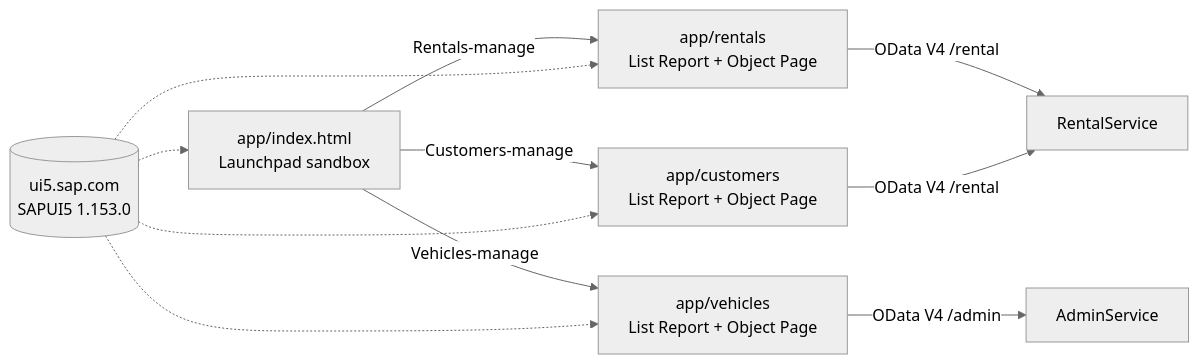
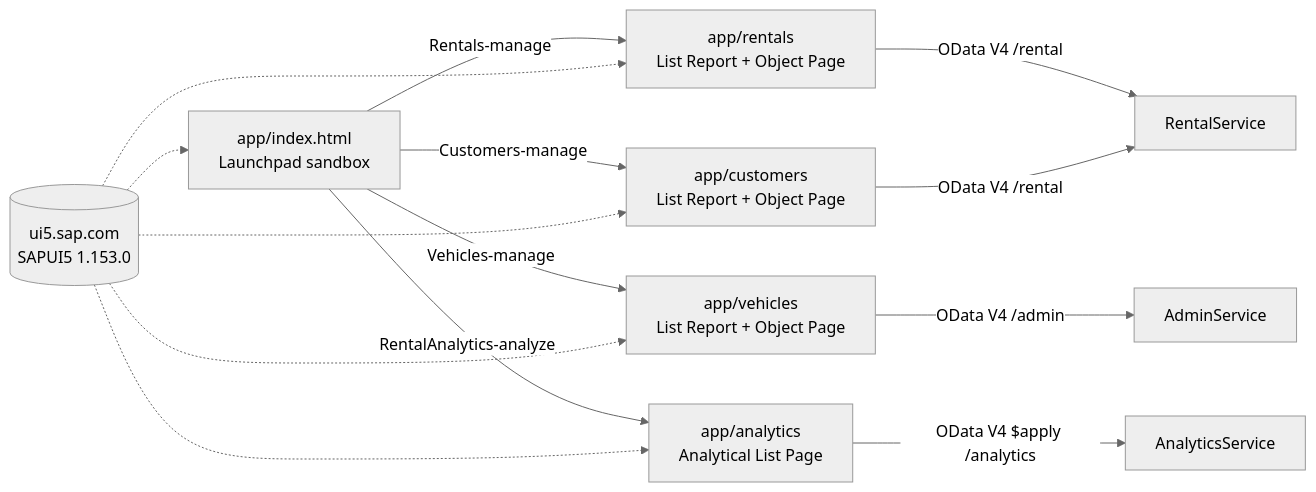
The fifth of 6 diagrams in docs/mimari.md (ertugrulcelikgpt/AracKiralama), drawn with Mermaid (neutral theme) before and after one commit. The commit also changed other lines of this file and 26 other files, not shown here.

First line of the commit message:
feat(analytics): add AnalyticsService and analytical list page

````diff
--- a/docs/mimari.md
+++ b/docs/mimari.md
@@ -207,10 +213,12 @@
 ```mermaid
 flowchart LR
   FLP["app/index.html<br/>Launchpad sandbox"] -->|Rentals-manage| R["app/rentals<br/>List Report + Object Page"]
   FLP -->|Vehicles-manage| V["app/vehicles<br/>List Report + Object Page"]
   FLP -->|Customers-manage| C["app/customers<br/>List Report + Object Page"]
   R -->|OData V4 /rental| RS[RentalService]
   C -->|OData V4 /rental| RS
+  FLP -->|RentalAnalytics-analyze| AN["app/analytics<br/>Analytical List Page"]
+  AN -->|OData V4 $apply /analytics| ANS[AnalyticsService]
   V -->|OData V4 /admin| AS[AdminService]
-  UI5[(ui5.sap.com<br/>SAPUI5 1.153.0)] -.-> FLP & R & V & C
+  UI5[(ui5.sap.com<br/>SAPUI5 1.153.0)] -.-> FLP & R & V & C & AN
 ```
````
